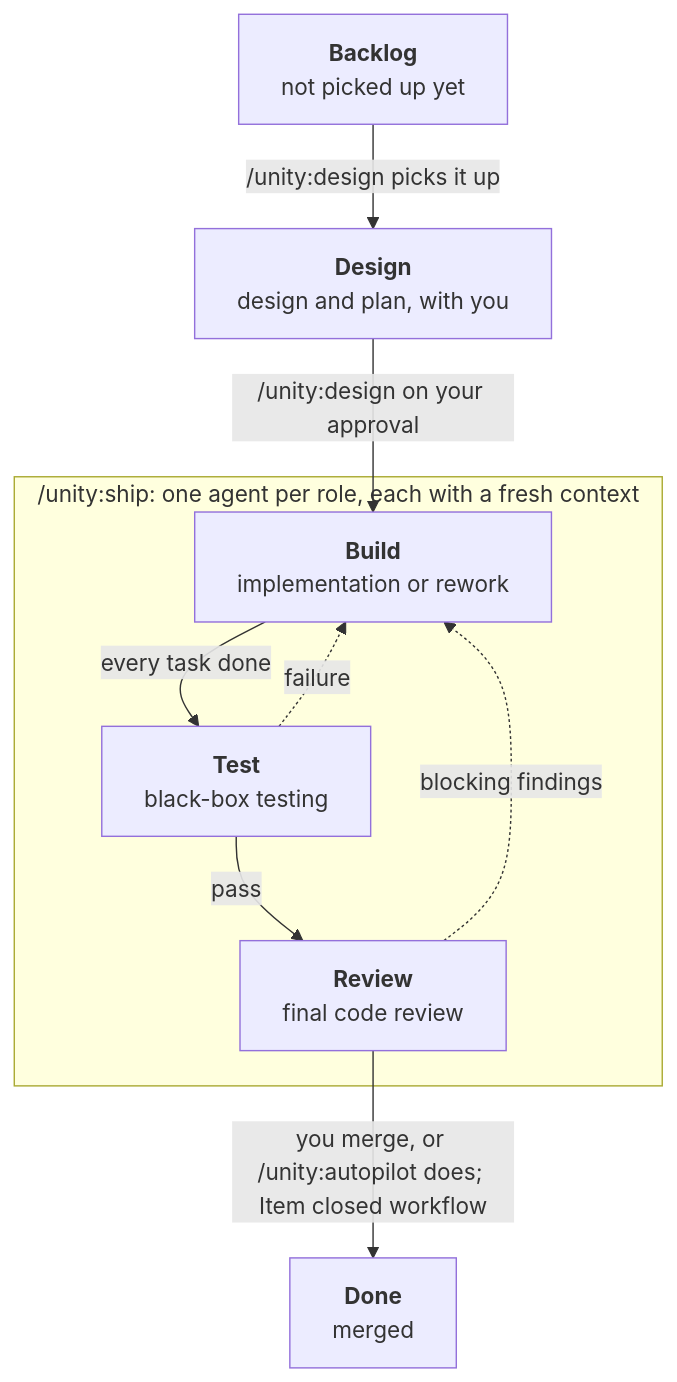
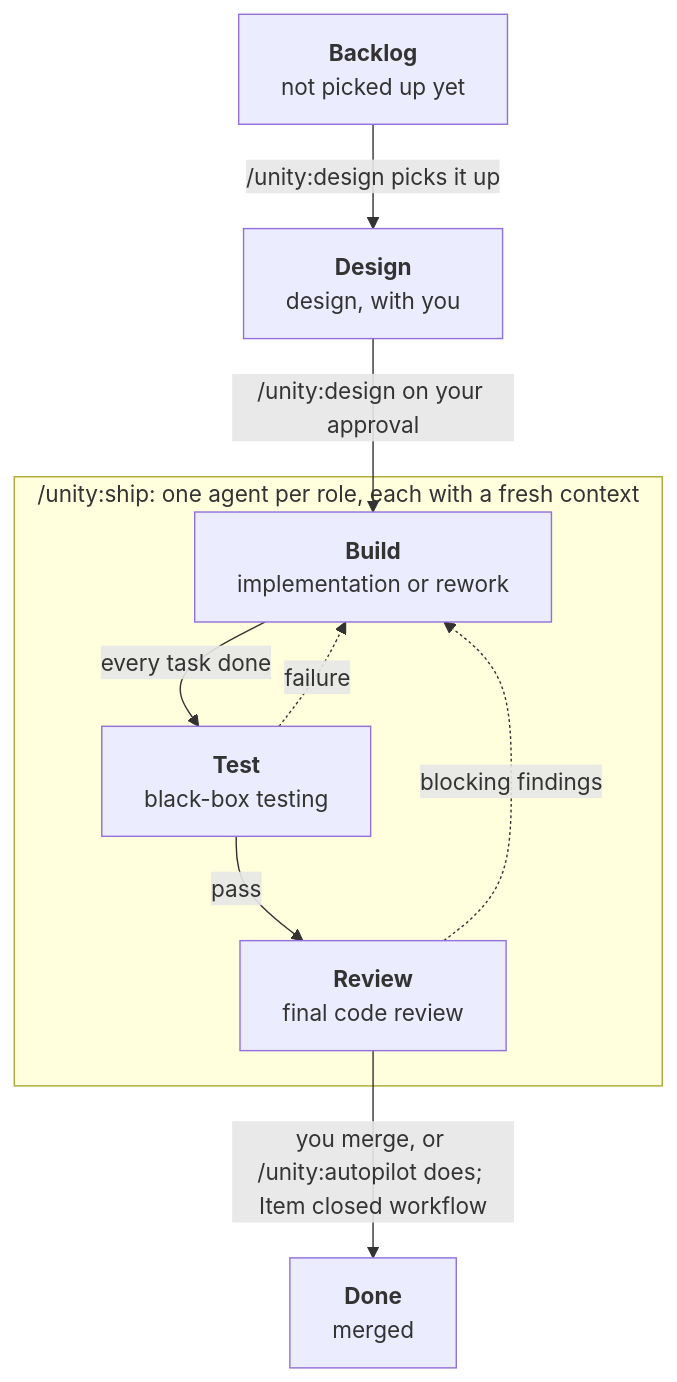
The diagram in README.md (vanesterik/unity), drawn with Mermaid before and after one commit. The commit also changed other lines of this file and 2 other files, not shown here.

````diff
--- a/README.md
+++ b/README.md
@@ -121,20 +121,20 @@
 ```mermaid
 flowchart TB
     Backlog["<b>Backlog</b><br/>not picked up yet"]
-    Design["<b>Design</b><br/>design and plan, with you"]
+    Design["<b>Design</b><br/>design, with you"]
     Done["<b>Done</b><br/>merged"]
 
     subgraph ship ["/unity:ship: one agent per role, each with a fresh context"]
         Build["<b>Build</b><br/>implementation or rework"]
         Test["<b>Test</b><br/>black-box testing"]
         Review["<b>Review</b><br/>final code review"]
     end
 
     Backlog -->|"/unity:design picks it up"| Design
     Design -->|"/unity:design on your approval"| Build
     Build -->|"every task done"| Test
     Test -->|"pass"| Review
     Test -.->|"failure"| Build
     Review -.->|"blocking findings"| Build
     Review -->|"you merge, or /unity:autopilot does; Item closed workflow"| Done
 ```
````
